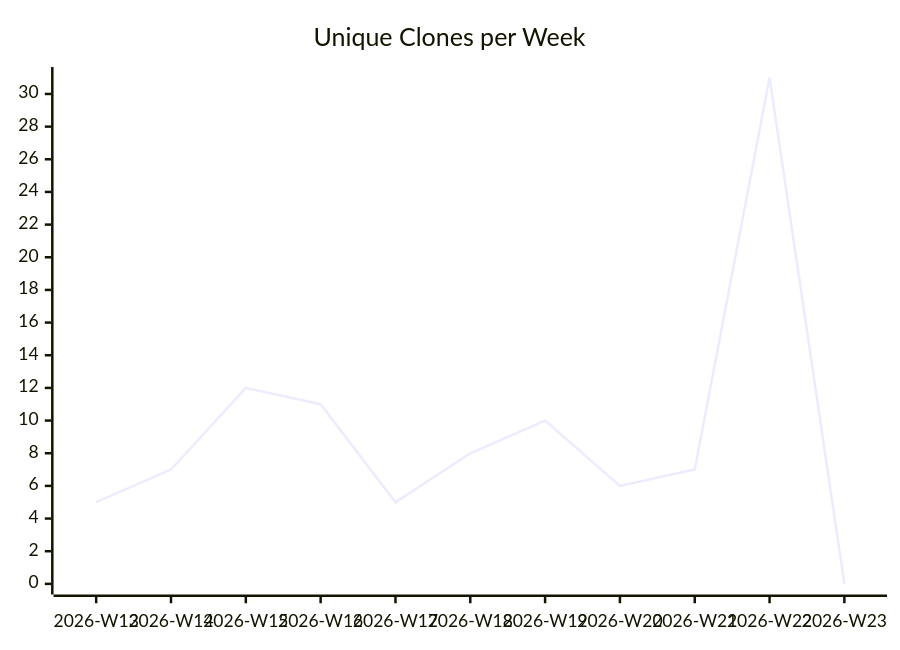
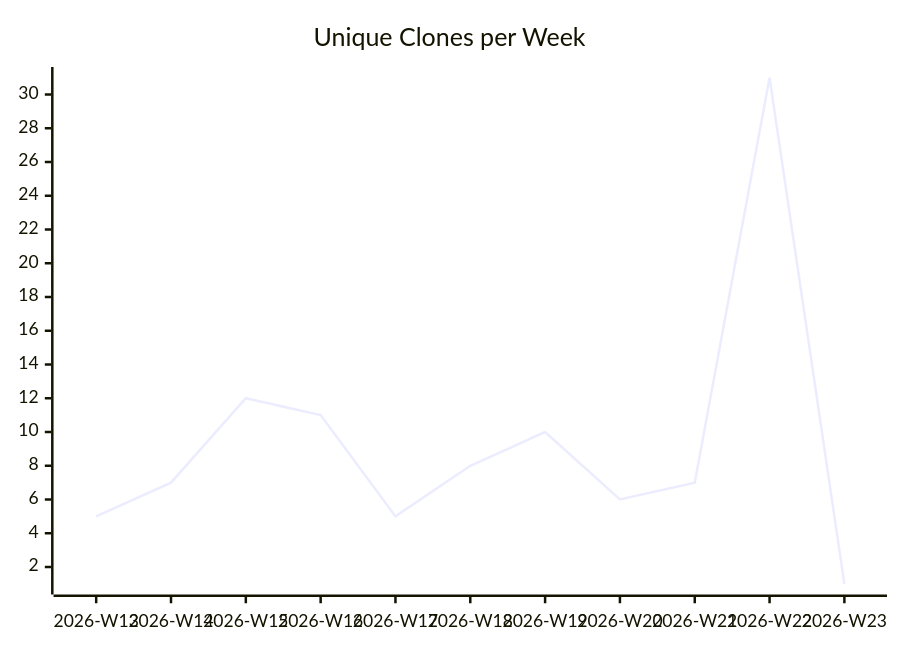
The third of 3 diagrams in karlmdavis/fhir-benchmarks/README.md (justdavis-family/github-analytics-data), drawn with Mermaid before and after one commit. The commit also changed other lines of this file and 189 other files, not shown here.

````diff
--- a/karlmdavis/fhir-benchmarks/README.md
+++ b/karlmdavis/fhir-benchmarks/README.md
@@ -19,6 +19,6 @@
 ```mermaid
 xychart-beta
   title "Unique Clones per Week"
   x-axis ["2026-W13", "2026-W14", "2026-W15", "2026-W16", "2026-W17", "2026-W18", "2026-W19", "2026-W20", "2026-W21", "2026-W22", "2026-W23"]
-  line [5, 7, 12, 11, 5, 8, 10, 6, 7, 31, 0]
+  line [5, 7, 12, 11, 5, 8, 10, 6, 7, 31, 1]
 ```
````
